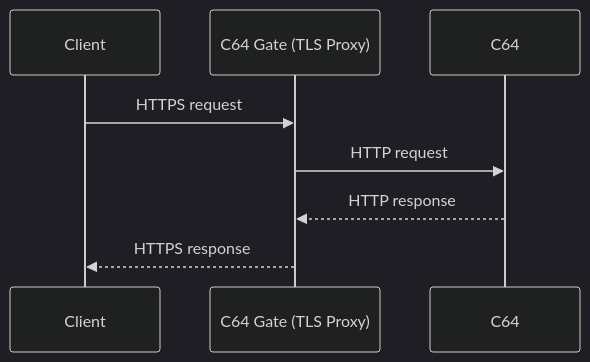
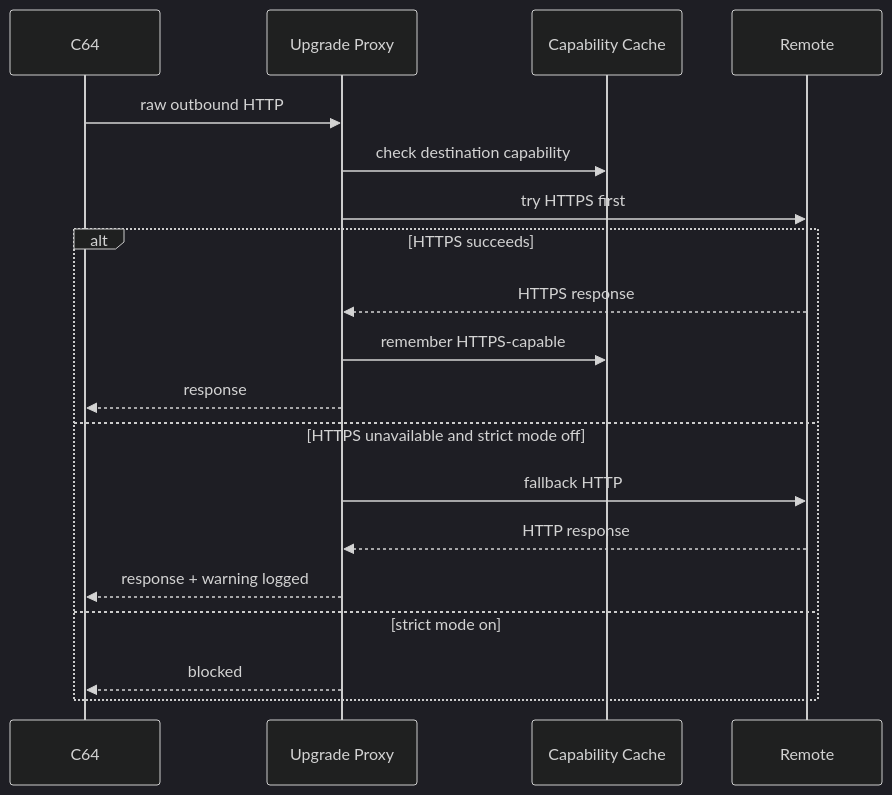
Before and after one commit to chrisgleissner/c64gate: the third of 5 diagrams in doc/architecture.md, drawn with Mermaid (dark theme). The commit also changed other lines of this file and 53 other files, not shown here.

First line of the commit message:
feat: add control plane and upgrade proxy components

````diff
--- a/doc/architecture.md
+++ b/doc/architecture.md
@@ -98,11 +560,22 @@
-``` mermaid
+```mermaid
 sequenceDiagram
-    participant Client
-    participant Gate as C64 Gate (TLS Proxy)
     participant C64
+    participant UPG as Upgrade Proxy
+    participant Cache as Capability Cache
+    participant Remote
 
-    Client->>Gate: HTTPS request
-    Gate->>C64: HTTP request
-    C64-->>Gate: HTTP response
-    Gate-->>Client: HTTPS response
+    C64->>UPG: raw outbound HTTP
+    UPG->>Cache: check destination capability
+    UPG->>Remote: try HTTPS first
+    alt HTTPS succeeds
+        Remote-->>UPG: HTTPS response
+        UPG->>Cache: remember HTTPS-capable
+        UPG-->>C64: response
+    else HTTPS unavailable and strict mode off
+        UPG->>Remote: fallback HTTP
+        Remote-->>UPG: HTTP response
+        UPG-->>C64: response + warning logged
+    else strict mode on
+        UPG-->>C64: blocked
+    end
 ```
````
